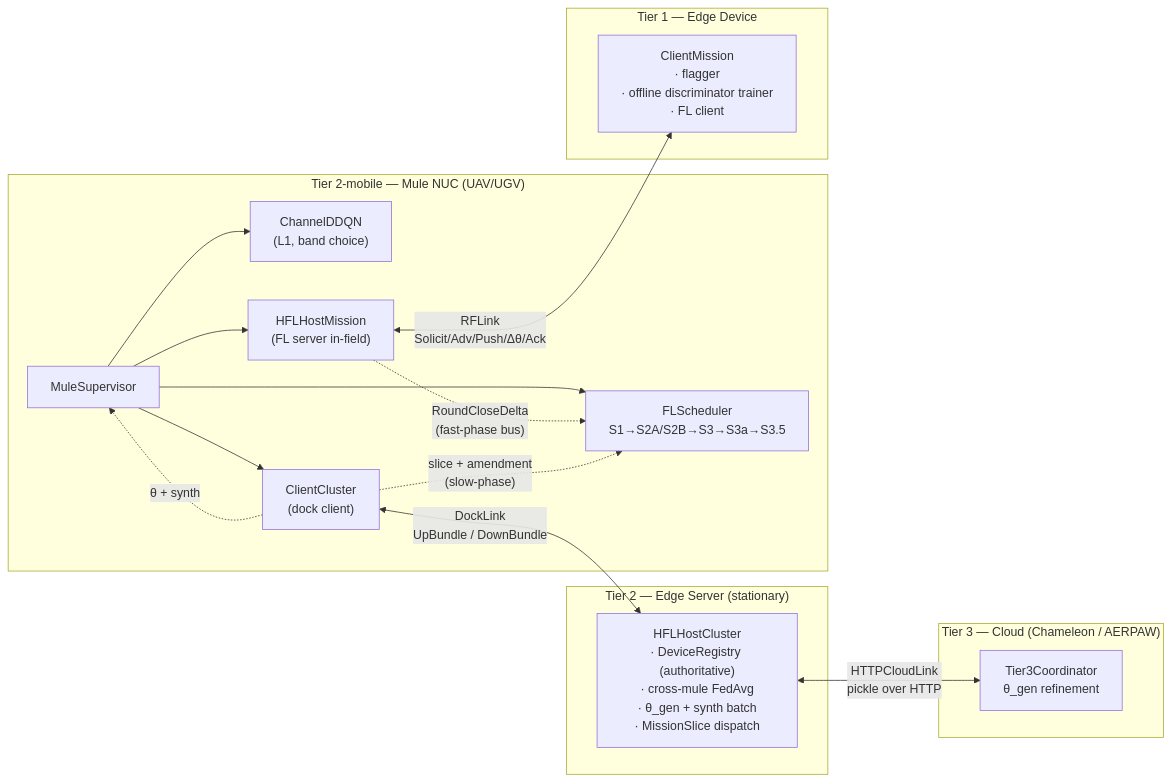
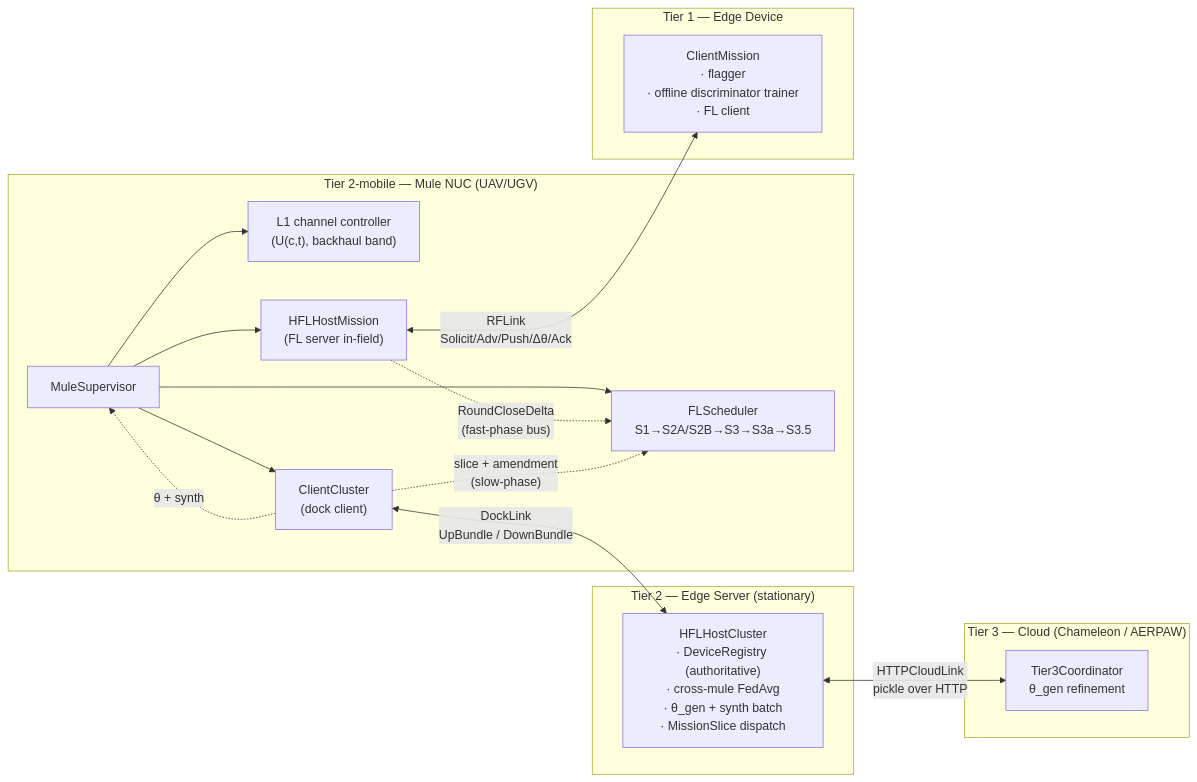
The diagram in DeveloperDocs/architecture documents/Hermes/HERMES_Architecture.md (Keko787/HFL-DNN-GAN-IDS), drawn with Mermaid before and after one commit. The commit also changed other lines of this file and 15 other files, not shown here.

````diff
--- a/DeveloperDocs/architecture documents/Hermes/HERMES_Architecture.md
+++ b/DeveloperDocs/architecture documents/Hermes/HERMES_Architecture.md
@@ -45,27 +45,27 @@
 ```mermaid
 graph LR
     subgraph T3["Tier 3 — Cloud (Chameleon / AERPAW)"]
         T3C["Tier3Coordinator<br/>θ_gen refinement"]
     end
     subgraph T2["Tier 2 — Edge Server (stationary)"]
         HC["HFLHostCluster<br/>· DeviceRegistry (authoritative)<br/>· cross-mule FedAvg<br/>· θ_gen + synth batch<br/>· MissionSlice dispatch"]
     end
     subgraph T2M["Tier 2-mobile — Mule NUC (UAV/UGV)"]
         SUP["MuleSupervisor"]
-        L1["ChannelDDQN<br/>(L1, band choice)"]
+        L1["L1 channel controller<br/>(U(c,t), backhaul band)"]
         SCH["FLScheduler<br/>S1→S2A/S2B→S3→S3a→S3.5"]
         HM["HFLHostMission<br/>(FL server in-field)"]
         CC["ClientCluster<br/>(dock client)"]
     end
     subgraph T1["Tier 1 — Edge Device"]
         CM["ClientMission<br/>· flagger<br/>· offline discriminator trainer<br/>· FL client"]
     end
 
     HC <-->|"HTTPCloudLink<br/>pickle over HTTP"| T3C
     CC <-->|"DockLink<br/>UpBundle / DownBundle"| HC
     HM <-->|"RFLink<br/>Solicit/Adv/Push/Δθ/Ack"| CM
     SUP --> L1 & SCH & HM & CC
     HM -.->|"RoundCloseDelta<br/>(fast-phase bus)"| SCH
     CC -.->|"slice + amendment<br/>(slow-phase)"| SCH
     CC -.->|"θ + synth"| SUP
 ```
````
